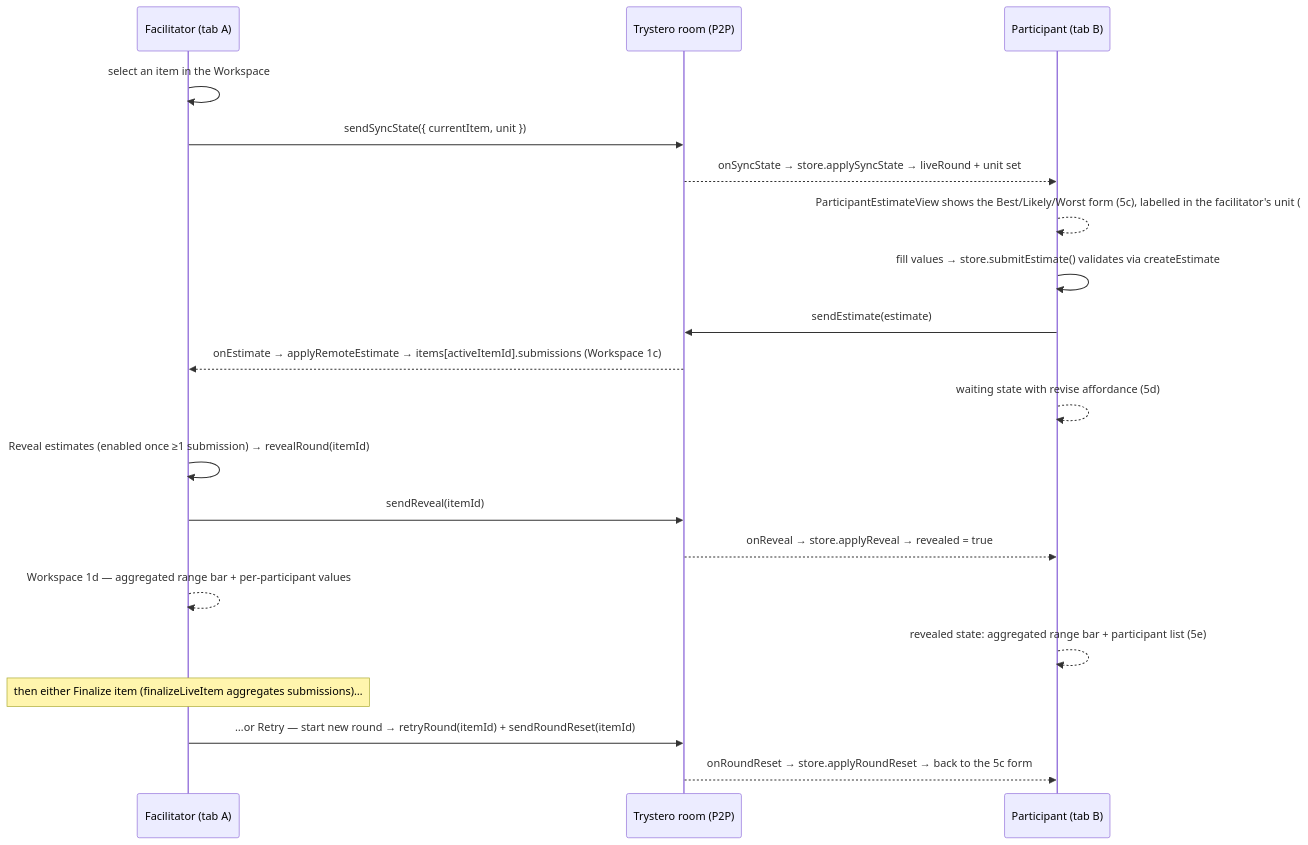
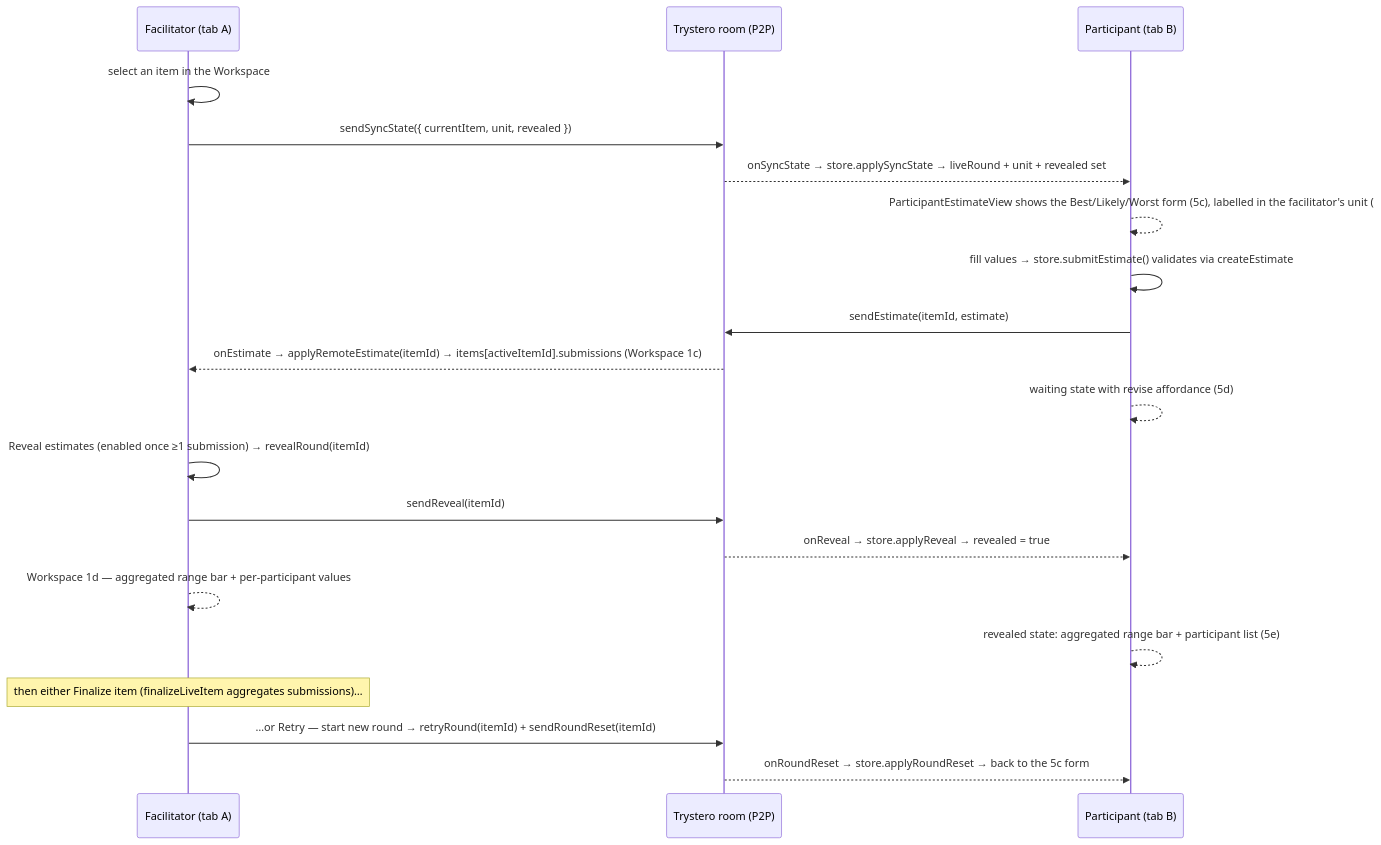
One commit to cfisch3r/estimate changed the third of 5 diagrams in docs/concepts/collaboration-mode.md. Above: the diagram before and after it, drawn with Mermaid. The commit also changed other lines of this file and 11 other files, not shown here.

First line of the commit message:
Review fixes 1 & 2: tag estimates with their item id, sync revealed state

````diff
--- a/docs/concepts/collaboration-mode.md
+++ b/docs/concepts/collaboration-mode.md
@@ -151,23 +151,23 @@
 ```mermaid
 sequenceDiagram
   participant F as Facilitator (tab A)
   participant R as Trystero room (P2P)
   participant P as Participant (tab B)
 
   F->>F: select an item in the Workspace
-  F->>R: sendSyncState({ currentItem, unit })
-  R-->>P: onSyncState → store.applySyncState → liveRound + unit set
+  F->>R: sendSyncState({ currentItem, unit, revealed })
+  R-->>P: onSyncState → store.applySyncState → liveRound + unit + revealed set
   P-->>P: ParticipantEstimateView shows the Best/Likely/Worst form (5c), labelled in the facilitator's unit (#39)
   P->>P: fill values → store.submitEstimate() validates via createEstimate
-  P->>R: sendEstimate(estimate)
-  R-->>F: onEstimate → applyRemoteEstimate → items[activeItemId].submissions (Workspace 1c)
+  P->>R: sendEstimate(itemId, estimate)
+  R-->>F: onEstimate → applyRemoteEstimate(itemId) → items[activeItemId].submissions (Workspace 1c)
   P-->>P: waiting state with revise affordance (5d)
   F->>F: Reveal estimates (enabled once ≥1 submission) → revealRound(itemId)
   F->>R: sendReveal(itemId)
   R-->>P: onReveal → store.applyReveal → revealed = true
   F-->>F: Workspace 1d — aggregated range bar + per-participant values
   P-->>P: revealed state: aggregated range bar + participant list (5e)
   Note over F: then either Finalize item (finalizeLiveItem aggregates submissions)…
   F->>R: …or Retry — start new round → retryRound(itemId) + sendRoundReset(itemId)
   R-->>P: onRoundReset → store.applyRoundReset → back to the 5c form
 ```
````
